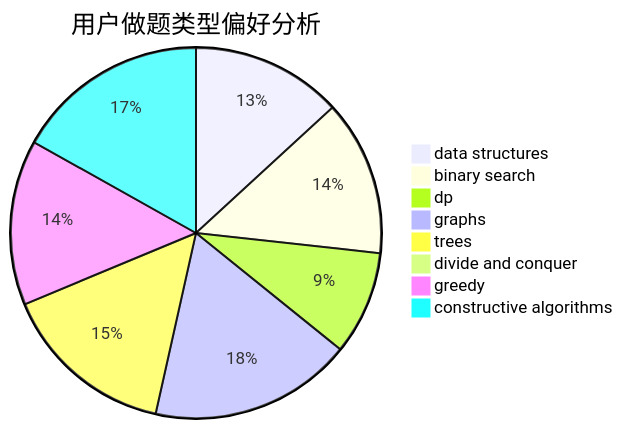
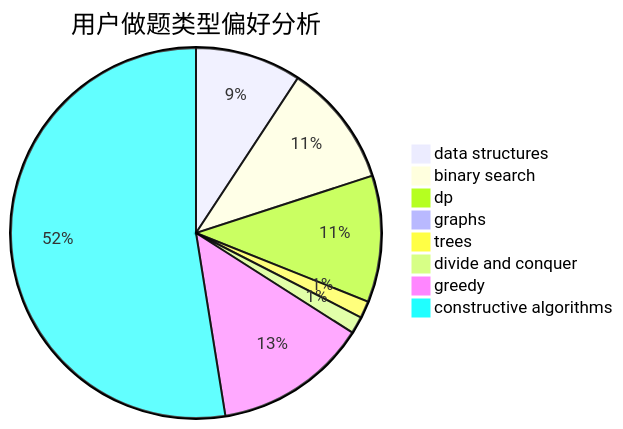
One commit to sherpahu/cfrs.github.io changed the second of 3 diagrams in docs/user/u1209.md. Above: the diagram before and after it, drawn with Mermaid. The commit also changed other lines of this file and 2770 other files, not shown here.

````diff
--- a/docs/user/u1209.md
+++ b/docs/user/u1209.md
@@ -23,11 +23,11 @@
 ```mermaid
 pie title 用户做题类型偏好分析
-    "data structures" :  32
-    "binary search" :  33
-    "dp" :  22
-    "graphs" :  43
-    "trees" :  37
-    "divide and conquer" :  0
-    "greedy" :  35
-    "constructive algorithms" :  41
+    "data structures" :  31
+    "binary search" :  36
+    "dp" :  37
+    "graphs" :  3
+    "trees" :  5
+    "divide and conquer" :  5
+    "greedy" :  45
+    "constructive algorithms" :  176
 ```
````
